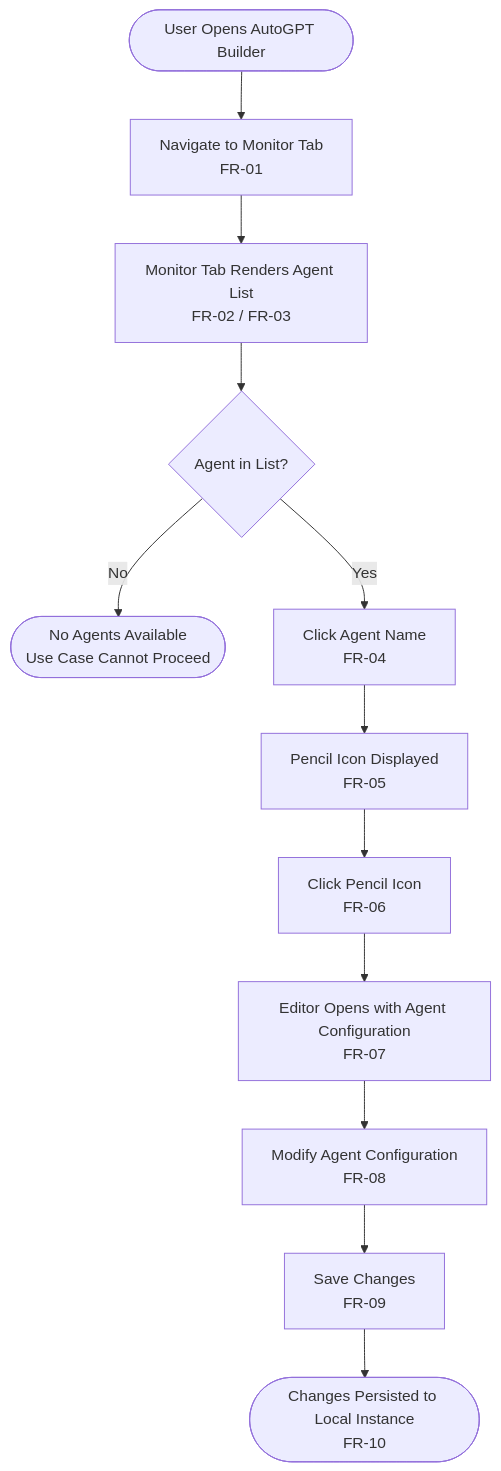
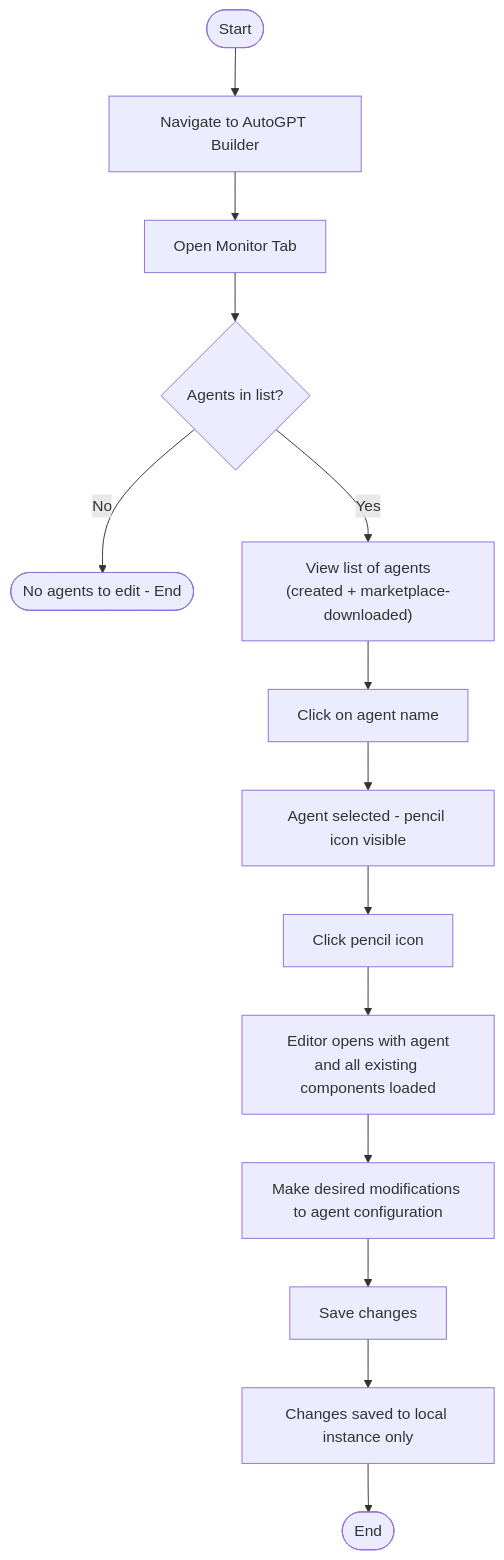
One commit to ayushmittalde/RP changed the first of 3 diagrams in representation/edit-agent-representation.md. Above: the diagram before and after it, drawn with Mermaid. The commit also changed other lines of this file and 27 other files, not shown here.

````diff
--- a/representation/edit-agent-representation.md
+++ b/representation/edit-agent-representation.md
@@ -142,27 +245,16 @@
 ```mermaid
 flowchart TD
-    START([User Opens AutoGPT Builder])
-    S1[Navigate to Monitor Tab\nFR-01]
-    S2[Monitor Tab Renders Agent List\nFR-02 / FR-03]
-    D1{Agent in List?}
-    NOAGENT([No Agents Available\nUse Case Cannot Proceed])
-    S3[Click Agent Name\nFR-04]
-    S4[Pencil Icon Displayed\nFR-05]
-    S5[Click Pencil Icon\nFR-06]
-    S6[Editor Opens with Agent Configuration\nFR-07]
-    S7[Modify Agent Configuration\nFR-08]
-    S8[Save Changes\nFR-09]
-    S9([Changes Persisted to Local Instance\nFR-10])
-
-    START --> S1
-    S1 --> S2
-    S2 --> D1
-    D1 -->|Yes| S3
-    D1 -->|No| NOAGENT
-    S3 --> S4
-    S4 --> S5
-    S5 --> S6
-    S6 --> S7
-    S7 --> S8
-    S8 --> S9
+    A([Start]) --> B[Navigate to AutoGPT Builder]
+    B --> C[Open Monitor Tab]
+    C --> D{Agents in list?}
+    D -- No --> E([No agents to edit - End])
+    D -- Yes --> F["View list of agents<br/>(created + marketplace-downloaded)"]
+    F --> G[Click on agent name]
+    G --> H[Agent selected - pencil icon visible]
+    H --> I[Click pencil icon]
+    I --> J["Editor opens with agent<br/>and all existing components loaded"]
+    J --> K[Make desired modifications to agent configuration]
+    K --> L[Save changes]
+    L --> M["Changes saved to local instance only"]
+    M --> N([End])
 ```
````
